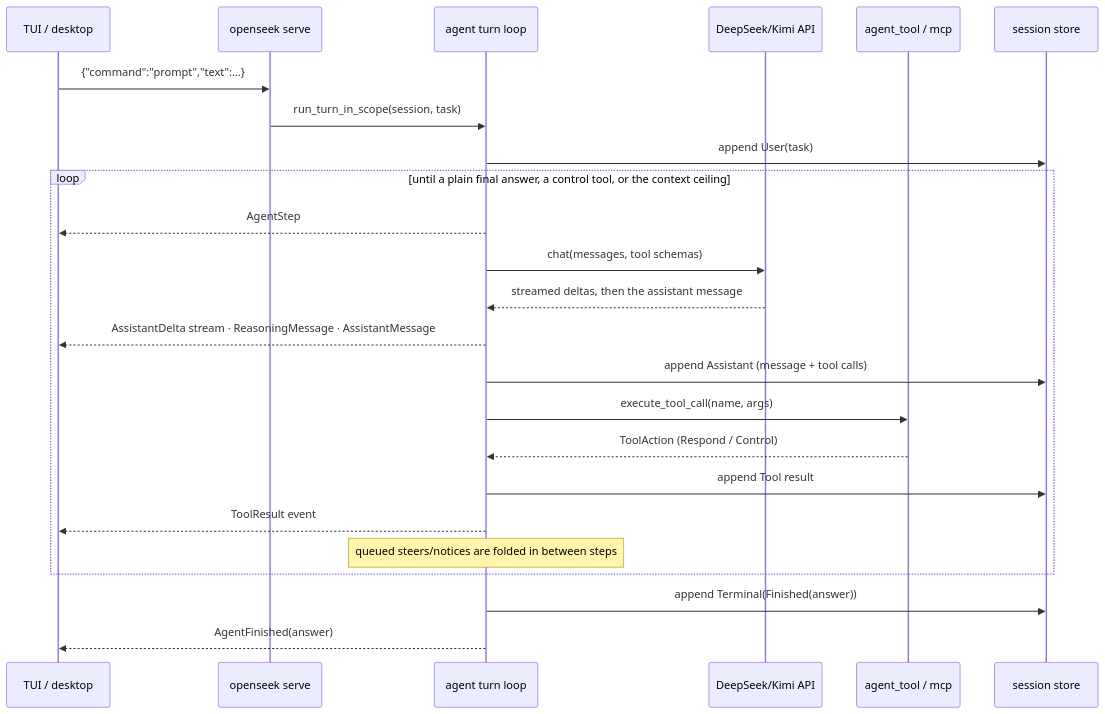
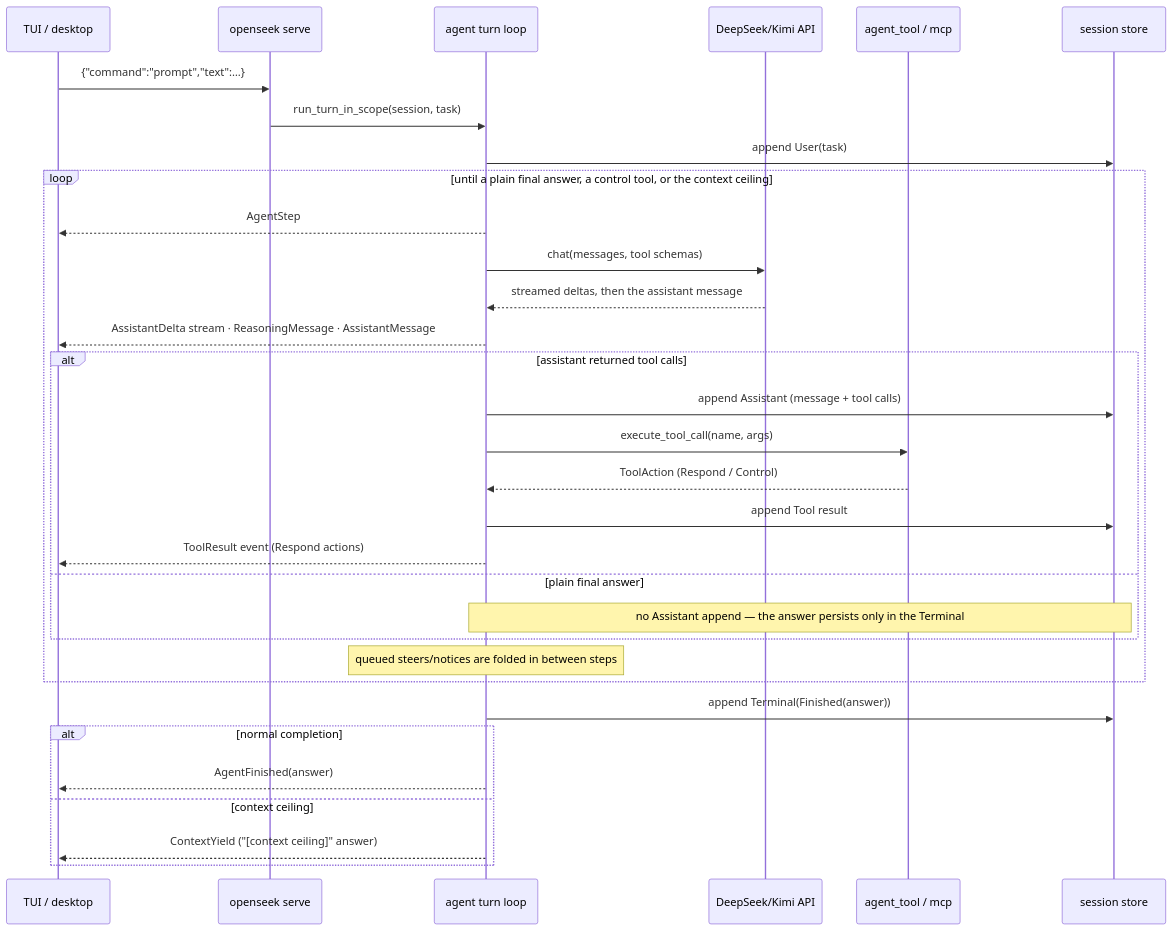
One commit to 0717lee/openseek changed the third of 3 diagrams in docs/architecture.md. Above: the diagram before and after it, drawn with Mermaid. The commit also changed other lines of this file and 1 other file, not shown here.

Commit message:
docs: goal tool reports status; conditional persistence; ContextYield exit
Fourth review round: the goal tool reports met/continuing/blocked (met
clears; setting is the serve goal command's job); the sequence diagram
now branches — a plain final answer skips the Assistant append and
persists only in the Terminal, ToolResult events fire for Respond
actions only, and a context-ceiling exit emits ContextYield rather than
AgentFinished; the overview says one shared engine, not one binary
(desktop and viz server are separate executables).

````diff
--- a/docs/architecture.md
+++ b/docs/architecture.md
@@ -155,27 +157,35 @@
 ```mermaid
 sequenceDiagram
   participant UI as TUI / desktop
   participant Serve as openseek serve
   participant Turn as agent turn loop
   participant DS as DeepSeek/Kimi API
   participant Tool as agent_tool / mcp
   participant Store as session store
 
   UI->>Serve: {"command":"prompt","text":…}
   Serve->>Turn: run_turn_in_scope(session, task)
   Turn->>Store: append User(task)
   loop until a plain final answer, a control tool, or the context ceiling
     Turn-->>UI: AgentStep
     Turn->>DS: chat(messages, tool schemas)
     DS-->>Turn: streamed deltas, then the assistant message
     Turn-->>UI: AssistantDelta stream · ReasoningMessage · AssistantMessage
-    Turn->>Store: append Assistant (message + tool calls)
-    Turn->>Tool: execute_tool_call(name, args)
-    Tool-->>Turn: ToolAction (Respond / Control)
-    Turn->>Store: append Tool result
-    Turn-->>UI: ToolResult event
+    alt assistant returned tool calls
+      Turn->>Store: append Assistant (message + tool calls)
+      Turn->>Tool: execute_tool_call(name, args)
+      Tool-->>Turn: ToolAction (Respond / Control)
+      Turn->>Store: append Tool result
+      Turn-->>UI: ToolResult event (Respond actions)
+    else plain final answer
+      Note over Turn,Store: no Assistant append — the answer persists only in the Terminal
+    end
     Note over Turn: queued steers/notices are folded in between steps
   end
   Turn->>Store: append Terminal(Finished(answer))
-  Turn-->>UI: AgentFinished(answer)
+  alt normal completion
+    Turn-->>UI: AgentFinished(answer)
+  else context ceiling
+    Turn-->>UI: ContextYield ("[context ceiling]" answer)
+  end
 ```
````
